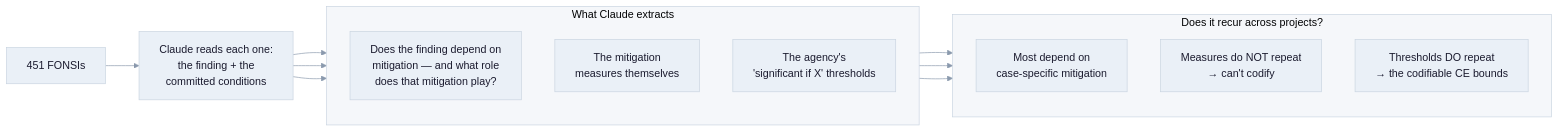
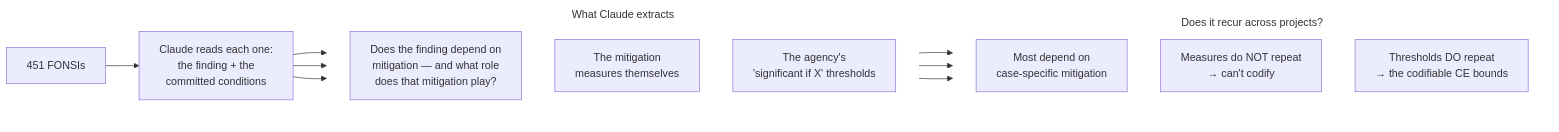
One commit to kaseyzapatka/nepa changed the diagram in phase2/reports/deliverable06.qmd. Above: the diagram before and after it, drawn with Mermaid. The commit also changed other lines of this file and 14 other files, not shown here.

First line of the commit message:
[D6] polish figures, flowchart, and CE-family topic table

````diff
--- a/phase2/reports/deliverable06.qmd
+++ b/phase2/reports/deliverable06.qmd
@@ -651,22 +651,23 @@
 ```{mermaid}
 %%| fig-width: 9
-%%{init: {'theme':'base', 'themeVariables': {'clusterBkg':'#f5f7fa', 'clusterBorder':'#c9d4e0', 'primaryColor':'#eaf0f7', 'primaryBorderColor':'#c9d4e0', 'primaryTextColor':'#1A1A2E', 'lineColor':'#8a99ad'}}}%%
 flowchart LR
   A["451 FONSIs"] --> B["Claude reads each one:<br/>the finding + the<br/>committed conditions"]
   subgraph X["What Claude extracts"]
     direction TB
     C["Does the finding depend on<br/>mitigation — and what role<br/>does that mitigation play?"]
     D["The mitigation<br/>measures themselves"]
     E["The agency's<br/>'significant if X' thresholds"]
   end
   subgraph Y["Does it recur across projects?"]
     direction TB
     F["Most depend on<br/>case-specific mitigation"]
     G["Measures do NOT repeat<br/>→ can't codify"]
     H["Thresholds DO repeat<br/>→ the codifiable CE bounds"]
   end
   B --> C & D & E
   C --> F
   D --> G
   E --> H
+  style X fill:transparent,stroke:transparent
+  style Y fill:transparent,stroke:transparent
 ```
````
